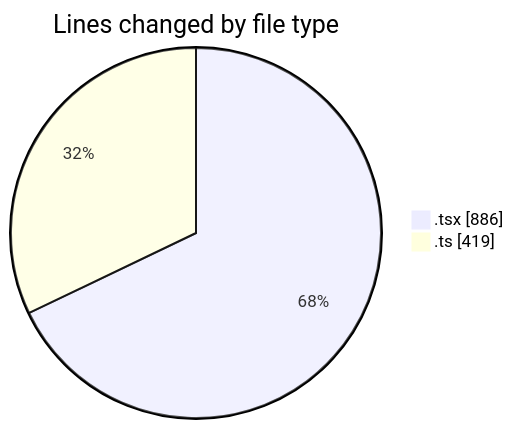
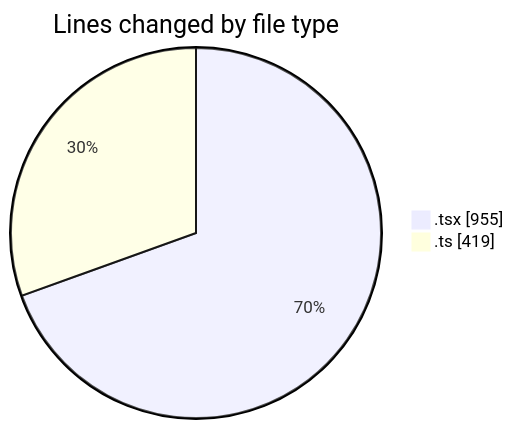
Before and after one commit to julien-gomy/code-tracking: the first of 2 diagrams in 2025-10-16/eventscop-frontend-guide__workspace_/README.md, drawn with Mermaid. The commit also changed other lines of this file and 1 other file, not shown here.

````diff
--- a/2025-10-16/eventscop-frontend-guide__workspace_/README.md
+++ b/2025-10-16/eventscop-frontend-guide__workspace_/README.md
@@ -30,6 +31,6 @@
 ```mermaid
 pie showData
 title Lines changed by file type
-".tsx" : 886
+".tsx" : 955
 ".ts" : 419
 ```
````
